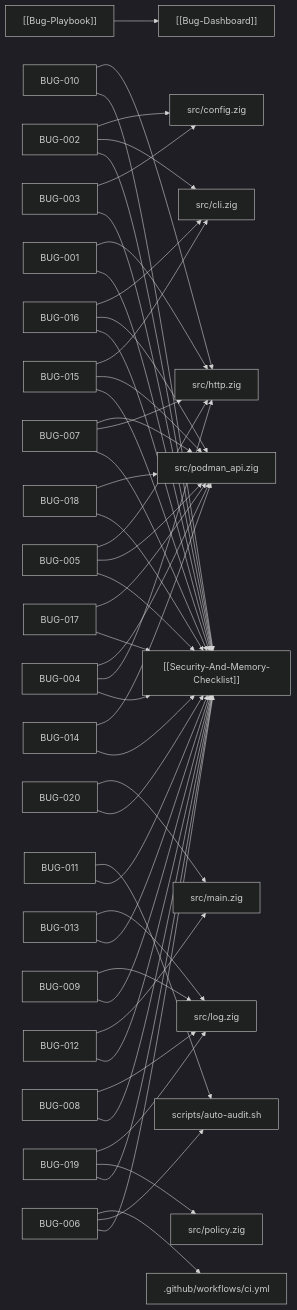
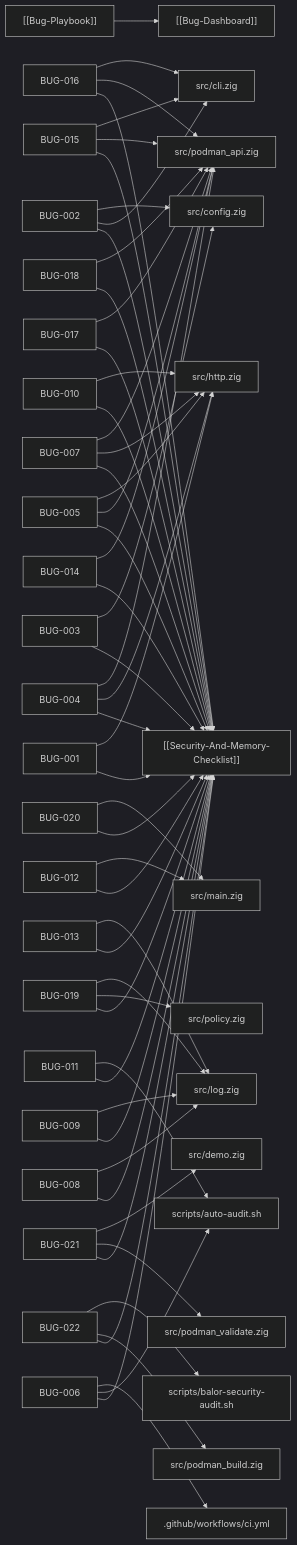
One commit to srayuth202510-byte/zigpodza changed the diagram in docs/vault/Bug-Dashboard.md. Above: the diagram before and after it, drawn with Mermaid (dark theme). The commit also changed other lines of this file and 9 other files, not shown here.

Commit message:
fix(security): wire submodule tests, harden build context/UAF, fix audit DENY detection (BUG-022)

````diff
--- a/docs/vault/Bug-Dashboard.md
+++ b/docs/vault/Bug-Dashboard.md
@@ -29,52 +29,58 @@
 ```mermaid
 flowchart LR
     PLAYBOOK["[[Bug-Playbook]]"] --> DASH["[[Bug-Dashboard]]"]
     BUG001["BUG-001"] --> SEC["[[Security-And-Memory-Checklist]]"]
     BUG001 --> src_http_zig["src/http.zig"]
     BUG002["BUG-002"] --> SEC["[[Security-And-Memory-Checklist]]"]
     BUG002 --> src_cli_zig["src/cli.zig"]
     BUG002 --> src_config_zig["src/config.zig"]
     BUG003["BUG-003"] --> SEC["[[Security-And-Memory-Checklist]]"]
     BUG003 --> src_config_zig["src/config.zig"]
     BUG004["BUG-004"] --> SEC["[[Security-And-Memory-Checklist]]"]
     BUG004 --> src_http_zig["src/http.zig"]
     BUG004 --> src_podman_api_zig["src/podman_api.zig"]
     BUG005["BUG-005"] --> SEC["[[Security-And-Memory-Checklist]]"]
     BUG005 --> src_podman_api_zig["src/podman_api.zig"]
     BUG005 --> src_http_zig["src/http.zig"]
     BUG006["BUG-006"] --> SEC["[[Security-And-Memory-Checklist]]"]
     BUG006 --> scripts_auto_audit_sh["scripts/auto-audit.sh"]
     BUG006 --> _github_workflows_ci_yml[".github/workflows/ci.yml"]
     BUG007["BUG-007"] --> SEC["[[Security-And-Memory-Checklist]]"]
     BUG007 --> src_http_zig["src/http.zig"]
     BUG007 --> src_podman_api_zig["src/podman_api.zig"]
     BUG008["BUG-008"] --> SEC["[[Security-And-Memory-Checklist]]"]
     BUG008 --> src_log_zig["src/log.zig"]
     BUG009["BUG-009"] --> SEC["[[Security-And-Memory-Checklist]]"]
     BUG009 --> src_log_zig["src/log.zig"]
     BUG010["BUG-010"] --> SEC["[[Security-And-Memory-Checklist]]"]
     BUG010 --> src_http_zig["src/http.zig"]
     BUG011["BUG-011"] --> SEC["[[Security-And-Memory-Checklist]]"]
     BUG011 --> scripts_auto_audit_sh["scripts/auto-audit.sh"]
     BUG012["BUG-012"] --> SEC["[[Security-And-Memory-Checklist]]"]
     BUG012 --> src_main_zig["src/main.zig"]
     BUG013["BUG-013"] --> SEC["[[Security-And-Memory-Checklist]]"]
     BUG013 --> src_log_zig["src/log.zig"]
     BUG014["BUG-014"] --> SEC["[[Security-And-Memory-Checklist]]"]
     BUG014 --> src_podman_api_zig["src/podman_api.zig"]
     BUG015["BUG-015"] --> SEC["[[Security-And-Memory-Checklist]]"]
     BUG015 --> src_podman_api_zig["src/podman_api.zig"]
     BUG015 --> src_cli_zig["src/cli.zig"]
     BUG016["BUG-016"] --> SEC["[[Security-And-Memory-Checklist]]"]
     BUG016 --> src_podman_api_zig["src/podman_api.zig"]
     BUG016 --> src_cli_zig["src/cli.zig"]
     BUG017["BUG-017"] --> SEC["[[Security-And-Memory-Checklist]]"]
     BUG017 --> src_podman_api_zig["src/podman_api.zig"]
     BUG018["BUG-018"] --> SEC["[[Security-And-Memory-Checklist]]"]
     BUG018 --> src_podman_api_zig["src/podman_api.zig"]
     BUG019["BUG-019"] --> SEC["[[Security-And-Memory-Checklist]]"]
     BUG019 --> src_policy_zig["src/policy.zig"]
     BUG019 --> src_log_zig["src/log.zig"]
     BUG020["BUG-020"] --> SEC["[[Security-And-Memory-Checklist]]"]
     BUG020 --> src_main_zig["src/main.zig"]
+    BUG021["BUG-021"] --> SEC["[[Security-And-Memory-Checklist]]"]
+    BUG021 --> src_podman_validate_zig["src/podman_validate.zig"]
+    BUG021 --> src_demo_zig["src/demo.zig"]
+    BUG022["BUG-022"] --> SEC["[[Security-And-Memory-Checklist]]"]
+    BUG022 --> src_podman_build_zig["src/podman_build.zig"]
+    BUG022 --> scripts_balor_security_audit_sh["scripts/balor-security-audit.sh"]
 ```
````
